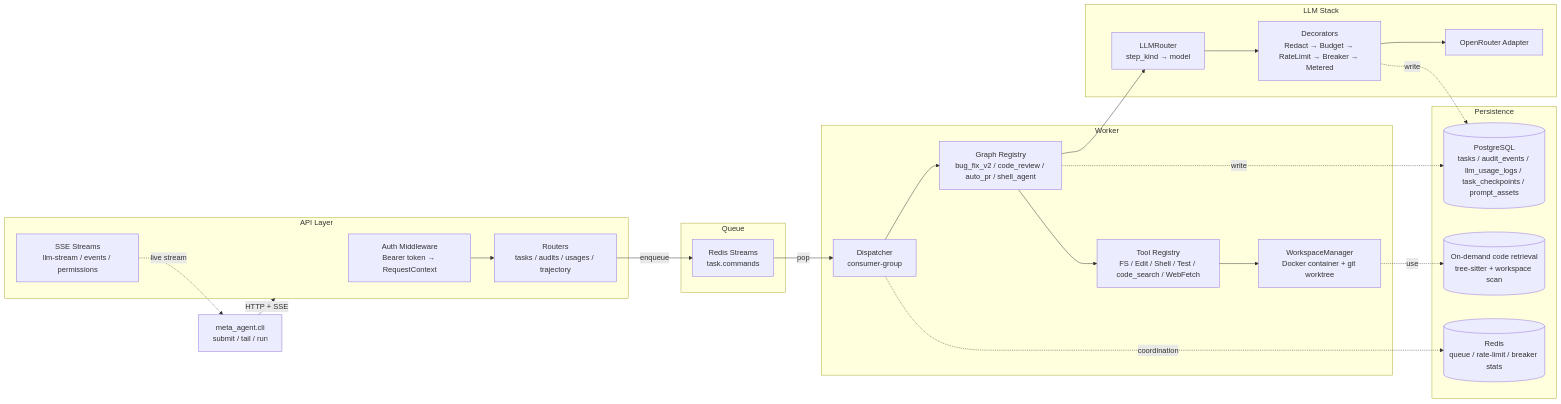
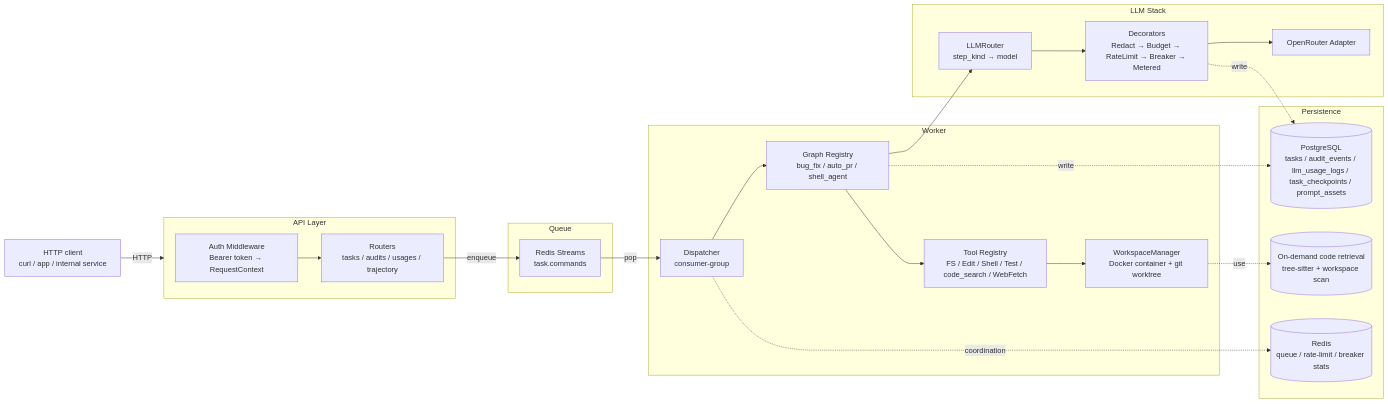
One commit to gududefengzhong/meta-agent changed the diagram in README.md. Above: the diagram before and after it, drawn with Mermaid. The commit also changed other lines of this file and 65 other files, not shown here.

````diff
--- a/README.md
+++ b/README.md
@@ -421,48 +430,46 @@
 ```mermaid
 flowchart LR
-    CLI[meta_agent.cli<br/>submit / tail / run]
+    CLIENT[HTTP client<br/>curl / app / internal service]
 
     subgraph API [API Layer]
         AUTH[Auth Middleware<br/>Bearer token → RequestContext]
         ROUTER[Routers<br/>tasks / audits / usages / trajectory]
-        SSE[SSE Streams<br/>llm-stream / events / permissions]
     end
 
     subgraph Q [Queue]
         STREAMS[Redis Streams<br/>task.commands]
     end
 
     subgraph Worker [Worker]
         DISPATCH[Dispatcher<br/>consumer-group]
-        GRAPHS[Graph Registry<br/>bug_fix_v2 / code_review / auto_pr / shell_agent]
+        GRAPHS[Graph Registry<br/>bug_fix / auto_pr / shell_agent]
         TOOLS[Tool Registry<br/>FS / Edit / Shell / Test / code_search / WebFetch]
         SBX[WorkspaceManager<br/>Docker container + git worktree]
     end
 
     subgraph LLM [LLM Stack]
         ROUTE[LLMRouter<br/>step_kind → model]
         DECS[Decorators<br/>Redact → Budget → RateLimit → Breaker → Metered]
         OR[OpenRouter Adapter]
     end
 
     subgraph DATA [Persistence]
         PG[(PostgreSQL<br/>tasks / audit_events / llm_usage_logs / task_checkpoints / prompt_assets)]
         CODE[(On-demand code retrieval<br/>tree-sitter + workspace scan)]
         REDIS[(Redis<br/>queue / rate-limit / breaker stats)]
     end
 
-    CLI -->|HTTP + SSE| API
+    CLIENT -->|HTTP| API
     AUTH --> ROUTER
     ROUTER -->|enqueue| STREAMS
-    SSE -.->|live stream| CLI
     STREAMS -->|pop| DISPATCH
     DISPATCH --> GRAPHS
     GRAPHS --> TOOLS
     GRAPHS --> ROUTE
     ROUTE --> DECS --> OR
     TOOLS --> SBX
     GRAPHS -.write.-> PG
     DECS -.write.-> PG
     SBX -.use.-> CODE
     DISPATCH -.->|coordination| REDIS
 ```
````
